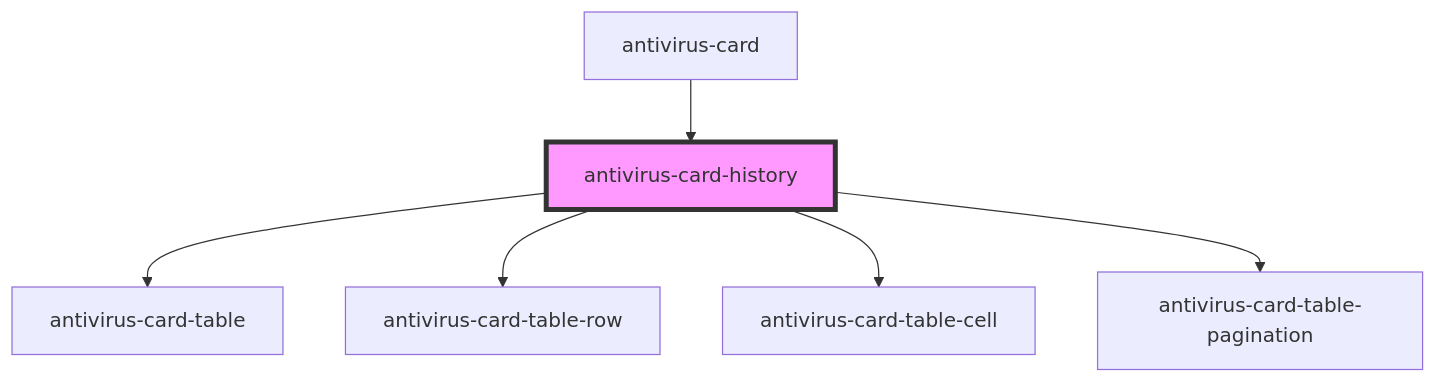
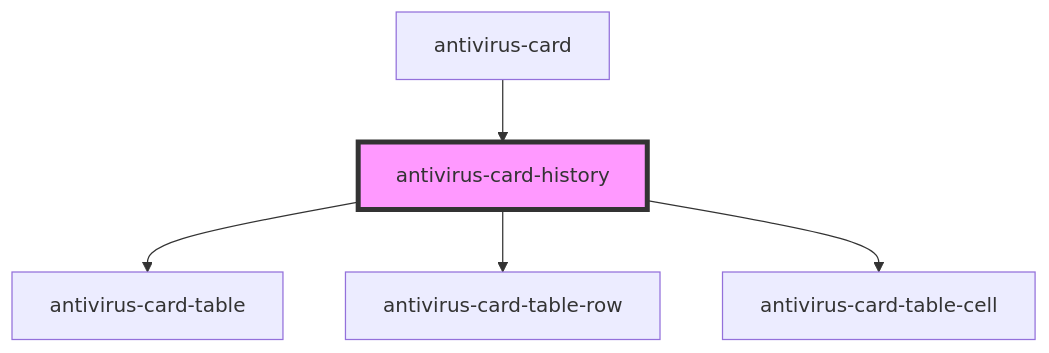
Before and after one commit to ispsystem/plugin-imunify: the diagram in packages/antivirus-card/src/components/history/readme.md, drawn with Mermaid. The commit also changed other lines of this file and 9 other files, not shown here.

````diff
--- a/packages/antivirus-card/src/components/history/readme.md
+++ b/packages/antivirus-card/src/components/history/readme.md
@@ -22,9 +21,8 @@
 ```mermaid
 graph TD;
   antivirus-card-history --> antivirus-card-table
   antivirus-card-history --> antivirus-card-table-row
   antivirus-card-history --> antivirus-card-table-cell
-  antivirus-card-history --> antivirus-card-table-pagination
   antivirus-card --> antivirus-card-history
   style antivirus-card-history fill:#f9f,stroke:#333,stroke-width:4px
 ```
````
